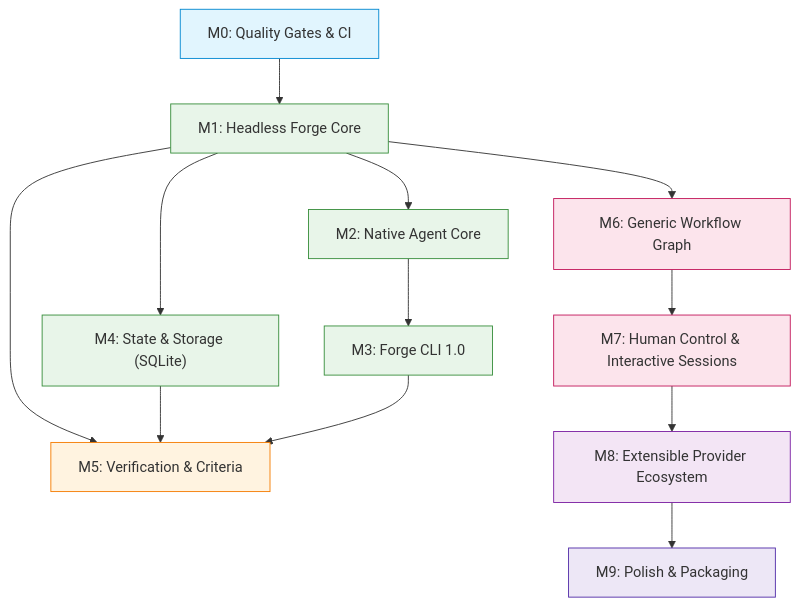
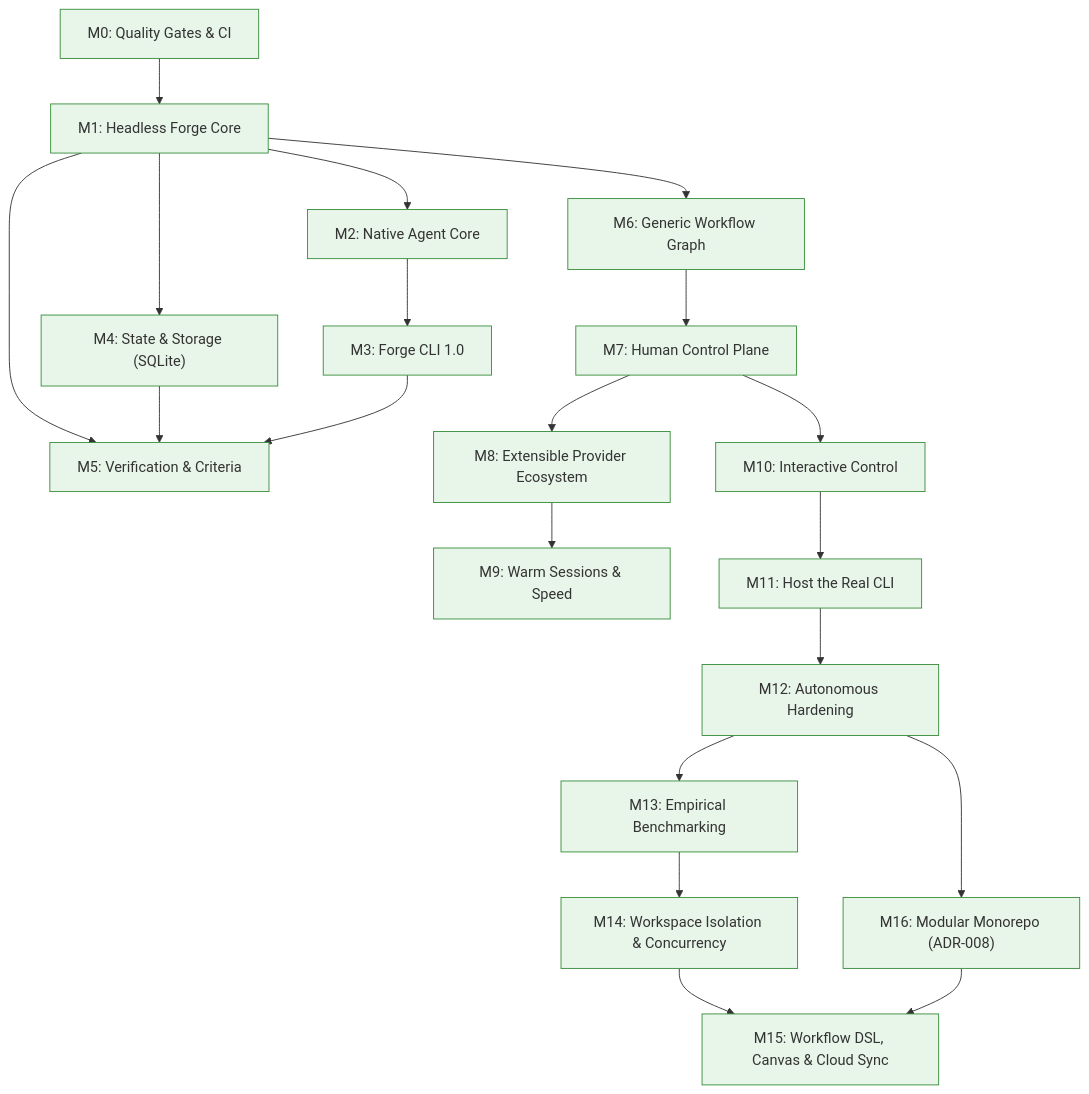
One commit to mdsaif45/forge-orchestrator changed the diagram in docs/roadmap/dependency-map.md. Above: the diagram before and after it, drawn with Mermaid. The commit also changed other lines of this file and 15 other files, not shown here.

Commit message:
docs(project,roadmap,arch): synchronize M0-M16 completion and monorepo paths (#489)

````diff
--- a/docs/roadmap/dependency-map.md
+++ b/docs/roadmap/dependency-map.md
@@ -13,25 +13,40 @@
 ```mermaid
 graph TD
     M0["M0: Quality Gates & CI"] --> M1["M1: Headless Forge Core"]
     M1 --> M2["M2: Native Agent Core"]
     M2 --> M3["M3: Forge CLI 1.0"]
     M1 --> M4["M4: State & Storage (SQLite)"]
     M1 --> M5["M5: Verification & Criteria"]
     M4 --> M5
     M3 --> M5
     M1 --> M6["M6: Generic Workflow Graph"]
-    M6 --> M7["M7: Human Control & Interactive Sessions"]
+    M6 --> M7["M7: Human Control Plane"]
     M7 --> M8["M8: Extensible Provider Ecosystem"]
-    M8 --> M9["M9: Polish & Packaging"]
+    M8 --> M9["M9: Warm Sessions & Speed"]
+    M7 --> M10["M10: Interactive Control"]
+    M10 --> M11["M11: Host the Real CLI"]
+    M11 --> M12["M12: Autonomous Hardening"]
+    M12 --> M13["M13: Empirical Benchmarking"]
+    M13 --> M14["M14: Workspace Isolation & Concurrency"]
+    M12 --> M16["M16: Modular Monorepo (ADR-008)"]
+    M14 --> M15["M15: Workflow DSL, Canvas & Cloud Sync"]
+    M16 --> M15
 
-    style M0 fill:#e1f5fe,stroke:#0288d1
+    style M0 fill:#e8f5e9,stroke:#388e3c
     style M1 fill:#e8f5e9,stroke:#388e3c
     style M2 fill:#e8f5e9,stroke:#388e3c
     style M3 fill:#e8f5e9,stroke:#388e3c
     style M4 fill:#e8f5e9,stroke:#388e3c
-    style M5 fill:#fff3e0,stroke:#f57c00
-    style M6 fill:#fce4ec,stroke:#c2185b
-    style M7 fill:#fce4ec,stroke:#c2185b
-    style M8 fill:#f3e5f5,stroke:#7b1fa2
-    style M9 fill:#ede7f6,stroke:#512da8
+    style M5 fill:#e8f5e9,stroke:#388e3c
+    style M6 fill:#e8f5e9,stroke:#388e3c
+    style M7 fill:#e8f5e9,stroke:#388e3c
+    style M8 fill:#e8f5e9,stroke:#388e3c
+    style M9 fill:#e8f5e9,stroke:#388e3c
+    style M10 fill:#e8f5e9,stroke:#388e3c
+    style M11 fill:#e8f5e9,stroke:#388e3c
+    style M12 fill:#e8f5e9,stroke:#388e3c
+    style M13 fill:#e8f5e9,stroke:#388e3c
+    style M14 fill:#e8f5e9,stroke:#388e3c
+    style M15 fill:#e8f5e9,stroke:#388e3c
+    style M16 fill:#e8f5e9,stroke:#388e3c
 ```
````
